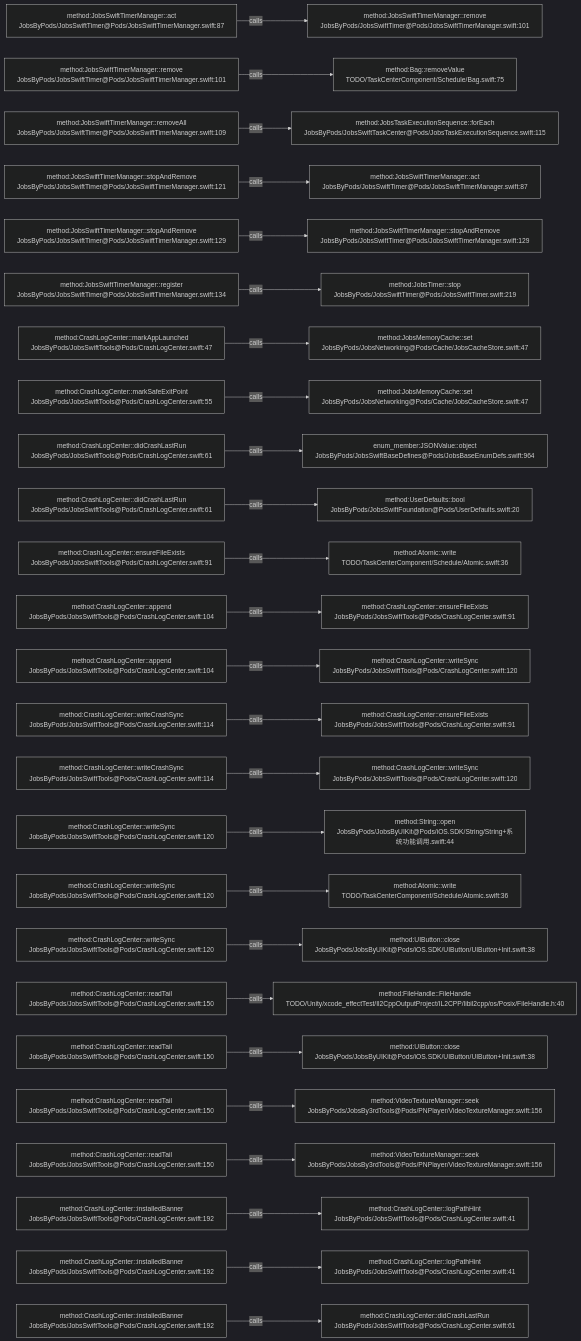
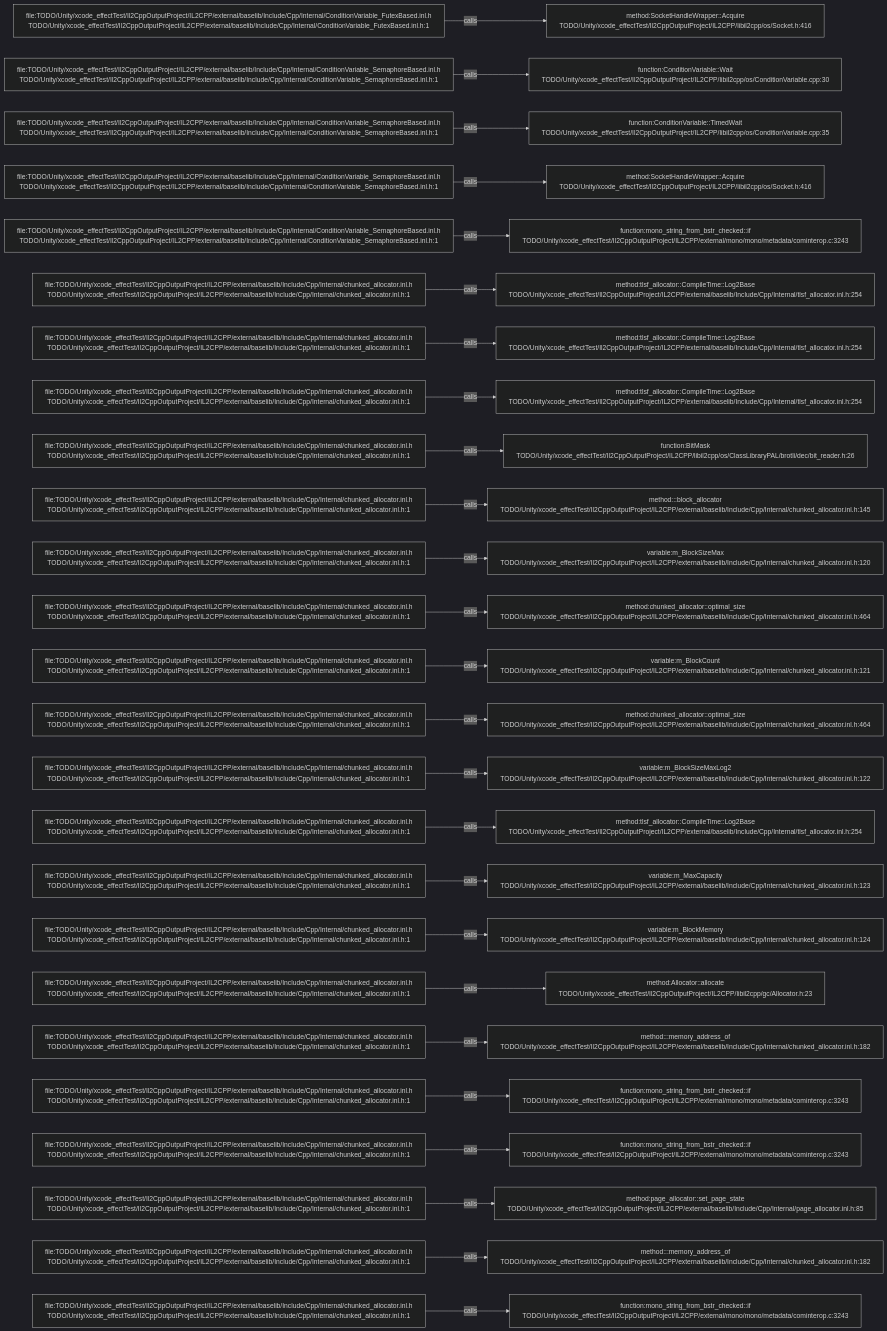
The diagram in .codegraph/codegraph.md/graphs/calls-062.md (JobsKits/JobsSwiftBaseConfigDemo), drawn with Mermaid (dark theme) before and after one commit. The commit also changed 227 other files, not shown here.

````diff
--- a/.codegraph/codegraph.md/graphs/calls-062.md
+++ b/.codegraph/codegraph.md/graphs/calls-062.md
@@ -13,78 +13,78 @@
 ```mermaid
 flowchart LR
-  S1["method:JobsSwiftTimerManager::act<br/>JobsByPods/JobsSwiftTimer@Pods/JobsSwiftTimerManager.swift:87"]
-  T1["method:JobsSwiftTimerManager::remove<br/>JobsByPods/JobsSwiftTimer@Pods/JobsSwiftTimerManager.swift:101"]
+  S1["file:TODO/Unity/xcode_effectTest/Il2CppOutputProject/IL2CPP/external/baselib/Include/Cpp/Internal/ConditionVariable_FutexBased.inl.h<br/>TODO/Unity/xcode_effectTest/Il2CppOutputProject/IL2CPP/external/baselib/Include/Cpp/Internal/ConditionVariable_FutexBased.inl.h:1"]
+  T1["method:SocketHandleWrapper::Acquire<br/>TODO/Unity/xcode_effectTest/Il2CppOutputProject/IL2CPP/libil2cpp/os/Socket.h:416"]
   S1 -->|calls| T1
-  S2["method:JobsSwiftTimerManager::remove<br/>JobsByPods/JobsSwiftTimer@Pods/JobsSwiftTimerManager.swift:101"]
-  T2["method:Bag::removeValue<br/>TODO/TaskCenterComponent/Schedule/Bag.swift:75"]
+  S2["file:TODO/Unity/xcode_effectTest/Il2CppOutputProject/IL2CPP/external/baselib/Include/Cpp/Internal/ConditionVariable_SemaphoreBased.inl.h<br/>TODO/Unity/xcode_effectTest/Il2CppOutputProject/IL2CPP/external/baselib/Include/Cpp/Internal/ConditionVariable_SemaphoreBased.inl.h:1"]
+  T2["function:ConditionVariable::Wait<br/>TODO/Unity/xcode_effectTest/Il2CppOutputProject/IL2CPP/libil2cpp/os/ConditionVariable.cpp:30"]
   S2 -->|calls| T2
-  S3["method:JobsSwiftTimerManager::removeAll<br/>JobsByPods/JobsSwiftTimer@Pods/JobsSwiftTimerManager.swift:109"]
-  T3["method:JobsTaskExecutionSequence::forEach<br/>JobsByPods/JobsSwiftTaskCenter@Pods/JobsTaskExecutionSequence.swift:115"]
+  S3["file:TODO/Unity/xcode_effectTest/Il2CppOutputProject/IL2CPP/external/baselib/Include/Cpp/Internal/ConditionVariable_SemaphoreBased.inl.h<br/>TODO/Unity/xcode_effectTest/Il2CppOutputProject/IL2CPP/external/baselib/Include/Cpp/Internal/ConditionVariable_SemaphoreBased.inl.h:1"]
+  T3["function:ConditionVariable::TimedWait<br/>TODO/Unity/xcode_effectTest/Il2CppOutputProject/IL2CPP/libil2cpp/os/ConditionVariable.cpp:35"]
   S3 -->|calls| T3
-  S4["method:JobsSwiftTimerManager::stopAndRemove<br/>JobsByPods/JobsSwiftTimer@Pods/JobsSwiftTimerManager.swift:121"]
-  T4["method:JobsSwiftTimerManager::act<br/>JobsByPods/JobsSwiftTimer@Pods/JobsSwiftTimerManager.swift:87"]
+  S4["file:TODO/Unity/xcode_effectTest/Il2CppOutputProject/IL2CPP/external/baselib/Include/Cpp/Internal/ConditionVariable_SemaphoreBased.inl.h<br/>TODO/Unity/xcode_effectTest/Il2CppOutputProject/IL2CPP/external/baselib/Include/Cpp/Internal/ConditionVariable_SemaphoreBased.inl.h:1"]
+  T4["method:SocketHandleWrapper::Acquire<br/>TODO/Unity/xcode_effectTest/Il2CppOutputProject/IL2CPP/libil2cpp/os/Socket.h:416"]
   S4 -->|calls| T4
-  S5["method:JobsSwiftTimerManager::stopAndRemove<br/>JobsByPods/JobsSwiftTimer@Pods/JobsSwiftTimerManager.swift:129"]
-  T5["method:JobsSwiftTimerManager::stopAndRemove<br/>JobsByPods/JobsSwiftTimer@Pods/JobsSwiftTimerManager.swift:129"]
+  S5["file:TODO/Unity/xcode_effectTest/Il2CppOutputProject/IL2CPP/external/baselib/Include/Cpp/Internal/ConditionVariable_SemaphoreBased.inl.h<br/>TODO/Unity/xcode_effectTest/Il2CppOutputProject/IL2CPP/external/baselib/Include/Cpp/Internal/ConditionVariable_SemaphoreBased.inl.h:1"]
+  T5["function:mono_string_from_bstr_checked::if<br/>TODO/Unity/xcode_effectTest/Il2CppOutputProject/IL2CPP/external/mono/mono/metadata/cominterop.c:3243"]
   S5 -->|calls| T5
-  S6["method:JobsSwiftTimerManager::register<br/>JobsByPods/JobsSwiftTimer@Pods/JobsSwiftTimerManager.swift:134"]
-  T6["method:JobsTimer::stop<br/>JobsByPods/JobsSwiftTimer@Pods/JobsSwiftTimer.swift:219"]
+  S6["file:TODO/Unity/xcode_effectTest/Il2CppOutputProject/IL2CPP/external/baselib/Include/Cpp/Internal/chunked_allocator.inl.h<br/>TODO/Unity/xcode_effectTest/Il2CppOutputProject/IL2CPP/external/baselib/Include/Cpp/Internal/chunked_allocator.inl.h:1"]
+  T6["method:tlsf_allocator::CompileTime::Log2Base<br/>TODO/Unity/xcode_effectTest/Il2CppOutputProject/IL2CPP/external/baselib/Include/Cpp/Internal/tlsf_allocator.inl.h:254"]
   S6 -->|calls| T6
-  S7["method:CrashLogCenter::markAppLaunched<br/>JobsByPods/JobsSwiftTools@Pods/CrashLogCenter.swift:47"]
-  T7["method:JobsMemoryCache::set<br/>JobsByPods/JobsNetworking@Pods/Cache/JobsCacheStore.swift:47"]
+  S7["file:TODO/Unity/xcode_effectTest/Il2CppOutputProject/IL2CPP/external/baselib/Include/Cpp/Internal/chunked_allocator.inl.h<br/>TODO/Unity/xcode_effectTest/Il2CppOutputProject/IL2CPP/external/baselib/Include/Cpp/Internal/chunked_allocator.inl.h:1"]
+  T7["method:tlsf_allocator::CompileTime::Log2Base<br/>TODO/Unity/xcode_effectTest/Il2CppOutputProject/IL2CPP/external/baselib/Include/Cpp/Internal/tlsf_allocator.inl.h:254"]
   S7 -->|calls| T7
-  S8["method:CrashLogCenter::markSafeExitPoint<br/>JobsByPods/JobsSwiftTools@Pods/CrashLogCenter.swift:55"]
-  T8["method:JobsMemoryCache::set<br/>JobsByPods/JobsNetworking@Pods/Cache/JobsCacheStore.swift:47"]
+  S8["file:TODO/Unity/xcode_effectTest/Il2CppOutputProject/IL2CPP/external/baselib/Include/Cpp/Internal/chunked_allocator.inl.h<br/>TODO/Unity/xcode_effectTest/Il2CppOutputProject/IL2CPP/external/baselib/Include/Cpp/Internal/chunked_allocator.inl.h:1"]
+  T8["method:tlsf_allocator::CompileTime::Log2Base<br/>TODO/Unity/xcode_effectTest/Il2CppOutputProject/IL2CPP/external/baselib/Include/Cpp/Internal/tlsf_allocator.inl.h:254"]
   S8 -->|calls| T8
-  S9["method:CrashLogCenter::didCrashLastRun<br/>JobsByPods/JobsSwiftTools@Pods/CrashLogCenter.swift:61"]
-  T9["enum_member:JSONValue::object<br/>JobsByPods/JobsSwiftBaseDefines@Pods/JobsBaseEnumDefs.swift:964"]
+  S9["file:TODO/Unity/xcode_effectTest/Il2CppOutputProject/IL2CPP/external/baselib/Include/Cpp/Internal/chunked_allocator.inl.h<br/>TODO/Unity/xcode_effectTest/Il2CppOutputProject/IL2CPP/external/baselib/Include/Cpp/Internal/chunked_allocator.inl.h:1"]
+  T9["function:BitMask<br/>TODO/Unity/xcode_effectTest/Il2CppOutputProject/IL2CPP/libil2cpp/os/ClassLibraryPAL/brotli/dec/bit_reader.h:26"]
   S9 -->|calls| T9
-  S10["method:CrashLogCenter::didCrashLastRun<br/>JobsByPods/JobsSwiftTools@Pods/CrashLogCenter.swift:61"]
-  T10["method:UserDefaults::bool<br/>JobsByPods/JobsSwiftFoundation@Pods/UserDefaults.swift:20"]
+  S10["file:TODO/Unity/xcode_effectTest/Il2CppOutputProject/IL2CPP/external/baselib/Include/Cpp/Internal/chunked_allocator.inl.h<br/>TODO/Unity/xcode_effectTest/Il2CppOutputProject/IL2CPP/external/baselib/Include/Cpp/Internal/chunked_allocator.inl.h:1"]
+  T10["method:<anonymous>::block_allocator<br/>TODO/Unity/xcode_effectTest/Il2CppOutputProject/IL2CPP/external/baselib/Include/Cpp/Internal/chunked_allocator.inl.h:145"]
   S10 -->|calls| T10
-  S11["method:CrashLogCenter::ensureFileExists<br/>JobsByPods/JobsSwiftTools@Pods/CrashLogCenter.swift:91"]
-  T11["method:Atomic::write<br/>TODO/TaskCenterComponent/Schedule/Atomic.swift:36"]
+  S11["file:TODO/Unity/xcode_effectTest/Il2CppOutputProject/IL2CPP/external/baselib/Include/Cpp/Internal/chunked_allocator.inl.h<br/>TODO/Unity/xcode_effectTest/Il2CppOutputProject/IL2CPP/external/baselib/Include/Cpp/Internal/chunked_allocator.inl.h:1"]
+  T11["variable:m_BlockSizeMax<br/>TODO/Unity/xcode_effectTest/Il2CppOutputProject/IL2CPP/external/baselib/Include/Cpp/Internal/chunked_allocator.inl.h:120"]
   S11 -->|calls| T11
-  S12["method:CrashLogCenter::append<br/>JobsByPods/JobsSwiftTools@Pods/CrashLogCenter.swift:104"]
-  T12["method:CrashLogCenter::ensureFileExists<br/>JobsByPods/JobsSwiftTools@Pods/CrashLogCenter.swift:91"]
+  S12["file:TODO/Unity/xcode_effectTest/Il2CppOutputProject/IL2CPP/external/baselib/Include/Cpp/Internal/chunked_allocator.inl.h<br/>TODO/Unity/xcode_effectTest/Il2CppOutputProject/IL2CPP/external/baselib/Include/Cpp/Internal/chunked_allocator.inl.h:1"]
+  T12["method:chunked_allocator::optimal_size<br/>TODO/Unity/xcode_effectTest/Il2CppOutputProject/IL2CPP/external/baselib/Include/Cpp/Internal/chunked_allocator.inl.h:464"]
   S12 -->|calls| T12
-  S13["method:CrashLogCenter::append<br/>JobsByPods/JobsSwiftTools@Pods/CrashLogCenter.swift:104"]
-  T13["method:CrashLogCenter::writeSync<br/>JobsByPods/JobsSwiftTools@Pods/CrashLogCenter.swift:120"]
+  S13["file:TODO/Unity/xcode_effectTest/Il2CppOutputProject/IL2CPP/external/baselib/Include/Cpp/Internal/chunked_allocator.inl.h<br/>TODO/Unity/xcode_effectTest/Il2CppOutputProject/IL2CPP/external/baselib/Include/Cpp/Internal/chunked_allocator.inl.h:1"]
+  T13["variable:m_BlockCount<br/>TODO/Unity/xcode_effectTest/Il2CppOutputProject/IL2CPP/external/baselib/Include/Cpp/Internal/chunked_allocator.inl.h:121"]
   S13 -->|calls| T13
-  S14["method:CrashLogCenter::writeCrashSync<br/>JobsByPods/JobsSwiftTools@Pods/CrashLogCenter.swift:114"]
-  T14["method:CrashLogCenter::ensureFileExists<br/>JobsByPods/JobsSwiftTools@Pods/CrashLogCenter.swift:91"]
+  S14["file:TODO/Unity/xcode_effectTest/Il2CppOutputProject/IL2CPP/external/baselib/Include/Cpp/Internal/chunked_allocator.inl.h<br/>TODO/Unity/xcode_effectTest/Il2CppOutputProject/IL2CPP/external/baselib/Include/Cpp/Internal/chunked_allocator.inl.h:1"]
+  T14["method:chunked_allocator::optimal_size<br/>TODO/Unity/xcode_effectTest/Il2CppOutputProject/IL2CPP/external/baselib/Include/Cpp/Internal/chunked_allocator.inl.h:464"]
   S14 -->|calls| T14
-  S15["method:CrashLogCenter::writeCrashSync<br/>JobsByPods/JobsSwiftTools@Pods/CrashLogCenter.swift:114"]
-  T15["method:CrashLogCenter::writeSync<br/>JobsByPods/JobsSwiftTools@Pods/CrashLogCenter.swift:120"]
+  S15["file:TODO/Unity/xcode_effectTest/Il2CppOutputProject/IL2CPP/external/baselib/Include/Cpp/Internal/chunked_allocator.inl.h<br/>TODO/Unity/xcode_effectTest/Il2CppOutputProject/IL2CPP/external/baselib/Include/Cpp/Internal/chunked_allocator.inl.h:1"]
+  T15["variable:m_BlockSizeMaxLog2<br/>TODO/Unity/xcode_effectTest/Il2CppOutputProject/IL2CPP/external/baselib/Include/Cpp/Internal/chunked_allocator.inl.h:122"]
   S15 -->|calls| T15
-  S16["method:CrashLogCenter::writeSync<br/>JobsByPods/JobsSwiftTools@Pods/CrashLogCenter.swift:120"]
-  T16["method:String::open<br/>JobsByPods/JobsByUIKit@Pods/iOS.SDK/String/String+系统功能调用.swift:44"]
+  S16["file:TODO/Unity/xcode_effectTest/Il2CppOutputProject/IL2CPP/external/baselib/Include/Cpp/Internal/chunked_allocator.inl.h<br/>TODO/Unity/xcode_effectTest/Il2CppOutputProject/IL2CPP/external/baselib/Include/Cpp/Internal/chunked_allocator.inl.h:1"]
+  T16["method:tlsf_allocator::CompileTime::Log2Base<br/>TODO/Unity/xcode_effectTest/Il2CppOutputProject/IL2CPP/external/baselib/Include/Cpp/Internal/tlsf_allocator.inl.h:254"]
   S16 -->|calls| T16
-  S17["method:CrashLogCenter::writeSync<br/>JobsByPods/JobsSwiftTools@Pods/CrashLogCenter.swift:120"]
-  T17["method:Atomic::write<br/>TODO/TaskCenterComponent/Schedule/Atomic.swift:36"]
+  S17["file:TODO/Unity/xcode_effectTest/Il2CppOutputProject/IL2CPP/external/baselib/Include/Cpp/Internal/chunked_allocator.inl.h<br/>TODO/Unity/xcode_effectTest/Il2CppOutputProject/IL2CPP/external/baselib/Include/Cpp/Internal/chunked_allocator.inl.h:1"]
+  T17["variable:m_MaxCapacity<br/>TODO/Unity/xcode_effectTest/Il2CppOutputProject/IL2CPP/external/baselib/Include/Cpp/Internal/chunked_allocator.inl.h:123"]
   S17 -->|calls| T17
-  S18["method:CrashLogCenter::writeSync<br/>JobsByPods/JobsSwiftTools@Pods/CrashLogCenter.swift:120"]
-  T18["method:UIButton::close<br/>JobsByPods/JobsByUIKit@Pods/iOS.SDK/UIButton/UIButton+Init.swift:38"]
+  S18["file:TODO/Unity/xcode_effectTest/Il2CppOutputProject/IL2CPP/external/baselib/Include/Cpp/Internal/chunked_allocator.inl.h<br/>TODO/Unity/xcode_effectTest/Il2CppOutputProject/IL2CPP/external/baselib/Include/Cpp/Internal/chunked_allocator.inl.h:1"]
+  T18["variable:m_BlockMemory<br/>TODO/Unity/xcode_effectTest/Il2CppOutputProject/IL2CPP/external/baselib/Include/Cpp/Internal/chunked_allocator.inl.h:124"]
   S18 -->|calls| T18
-  S19["method:CrashLogCenter::readTail<br/>JobsByPods/JobsSwiftTools@Pods/CrashLogCenter.swift:150"]
-  T19["method:FileHandle::FileHandle<br/>TODO/Unity/xcode_effectTest/Il2CppOutputProject/IL2CPP/libil2cpp/os/Posix/FileHandle.h:40"]
+  S19["file:TODO/Unity/xcode_effectTest/Il2CppOutputProject/IL2CPP/external/baselib/Include/Cpp/Internal/chunked_allocator.inl.h<br/>TODO/Unity/xcode_effectTest/Il2CppOutputProject/IL2CPP/external/baselib/Include/Cpp/Internal/chunked_allocator.inl.h:1"]
+  T19["method:Allocator::allocate<br/>TODO/Unity/xcode_effectTest/Il2CppOutputProject/IL2CPP/libil2cpp/gc/Allocator.h:23"]
   S19 -->|calls| T19
-  S20["method:CrashLogCenter::readTail<br/>JobsByPods/JobsSwiftTools@Pods/CrashLogCenter.swift:150"]
-  T20["method:UIButton::close<br/>JobsByPods/JobsByUIKit@Pods/iOS.SDK/UIButton/UIButton+Init.swift:38"]
+  S20["file:TODO/Unity/xcode_effectTest/Il2CppOutputProject/IL2CPP/external/baselib/Include/Cpp/Internal/chunked_allocator.inl.h<br/>TODO/Unity/xcode_effectTest/Il2CppOutputProject/IL2CPP/external/baselib/Include/Cpp/Internal/chunked_allocator.inl.h:1"]
+  T20["method:<anonymous>::memory_address_of<br/>TODO/Unity/xcode_effectTest/Il2CppOutputProject/IL2CPP/external/baselib/Include/Cpp/Internal/chunked_allocator.inl.h:182"]
   S20 -->|calls| T20
-  S21["method:CrashLogCenter::readTail<br/>JobsByPods/JobsSwiftTools@Pods/CrashLogCenter.swift:150"]
-  T21["method:VideoTextureManager::seek<br/>JobsByPods/JobsBy3rdTools@Pods/PNPlayer/VideoTextureManager.swift:156"]
+  S21["file:TODO/Unity/xcode_effectTest/Il2CppOutputProject/IL2CPP/external/baselib/Include/Cpp/Internal/chunked_allocator.inl.h<br/>TODO/Unity/xcode_effectTest/Il2CppOutputProject/IL2CPP/external/baselib/Include/Cpp/Internal/chunked_allocator.inl.h:1"]
+  T21["function:mono_string_from_bstr_checked::if<br/>TODO/Unity/xcode_effectTest/Il2CppOutputProject/IL2CPP/external/mono/mono/metadata/cominterop.c:3243"]
   S21 -->|calls| T21
-  S22["method:CrashLogCenter::readTail<br/>JobsByPods/JobsSwiftTools@Pods/CrashLogCenter.swift:150"]
-  T22["method:VideoTextureManager::seek<br/>JobsByPods/JobsBy3rdTools@Pods/PNPlayer/VideoTextureManager.swift:156"]
+  S22["file:TODO/Unity/xcode_effectTest/Il2CppOutputProject/IL2CPP/external/baselib/Include/Cpp/Internal/chunked_allocator.inl.h<br/>TODO/Unity/xcode_effectTest/Il2CppOutputProject/IL2CPP/external/baselib/Include/Cpp/Internal/chunked_allocator.inl.h:1"]
+  T22["function:mono_string_from_bstr_checked::if<br/>TODO/Unity/xcode_effectTest/Il2CppOutputProject/IL2CPP/external/mono/mono/metadata/cominterop.c:3243"]
   S22 -->|calls| T22
-  S23["method:CrashLogCenter::installedBanner<br/>JobsByPods/JobsSwiftTools@Pods/CrashLogCenter.swift:192"]
-  T23["method:CrashLogCenter::logPathHint<br/>JobsByPods/JobsSwiftTools@Pods/CrashLogCenter.swift:41"]
+  S23["file:TODO/Unity/xcode_effectTest/Il2CppOutputProject/IL2CPP/external/baselib/Include/Cpp/Internal/chunked_allocator.inl.h<br/>TODO/Unity/xcode_effectTest/Il2CppOutputProject/IL2CPP/external/baselib/Include/Cpp/Internal/chunked_allocator.inl.h:1"]
+  T23["method:page_allocator::set_page_state<br/>TODO/Unity/xcode_effectTest/Il2CppOutputProject/IL2CPP/external/baselib/Include/Cpp/Internal/page_allocator.inl.h:85"]
   S23 -->|calls| T23
-  S24["method:CrashLogCenter::installedBanner<br/>JobsByPods/JobsSwiftTools@Pods/CrashLogCenter.swift:192"]
-  T24["method:CrashLogCenter::logPathHint<br/>JobsByPods/JobsSwiftTools@Pods/CrashLogCenter.swift:41"]
+  S24["file:TODO/Unity/xcode_effectTest/Il2CppOutputProject/IL2CPP/external/baselib/Include/Cpp/Internal/chunked_allocator.inl.h<br/>TODO/Unity/xcode_effectTest/Il2CppOutputProject/IL2CPP/external/baselib/Include/Cpp/Internal/chunked_allocator.inl.h:1"]
+  T24["method:<anonymous>::memory_address_of<br/>TODO/Unity/xcode_effectTest/Il2CppOutputProject/IL2CPP/external/baselib/Include/Cpp/Internal/chunked_allocator.inl.h:182"]
   S24 -->|calls| T24
-  S25["method:CrashLogCenter::installedBanner<br/>JobsByPods/JobsSwiftTools@Pods/CrashLogCenter.swift:192"]
-  T25["method:CrashLogCenter::didCrashLastRun<br/>JobsByPods/JobsSwiftTools@Pods/CrashLogCenter.swift:61"]
+  S25["file:TODO/Unity/xcode_effectTest/Il2CppOutputProject/IL2CPP/external/baselib/Include/Cpp/Internal/chunked_allocator.inl.h<br/>TODO/Unity/xcode_effectTest/Il2CppOutputProject/IL2CPP/external/baselib/Include/Cpp/Internal/chunked_allocator.inl.h:1"]
+  T25["function:mono_string_from_bstr_checked::if<br/>TODO/Unity/xcode_effectTest/Il2CppOutputProject/IL2CPP/external/mono/mono/metadata/cominterop.c:3243"]
   S25 -->|calls| T25
 ```
````
